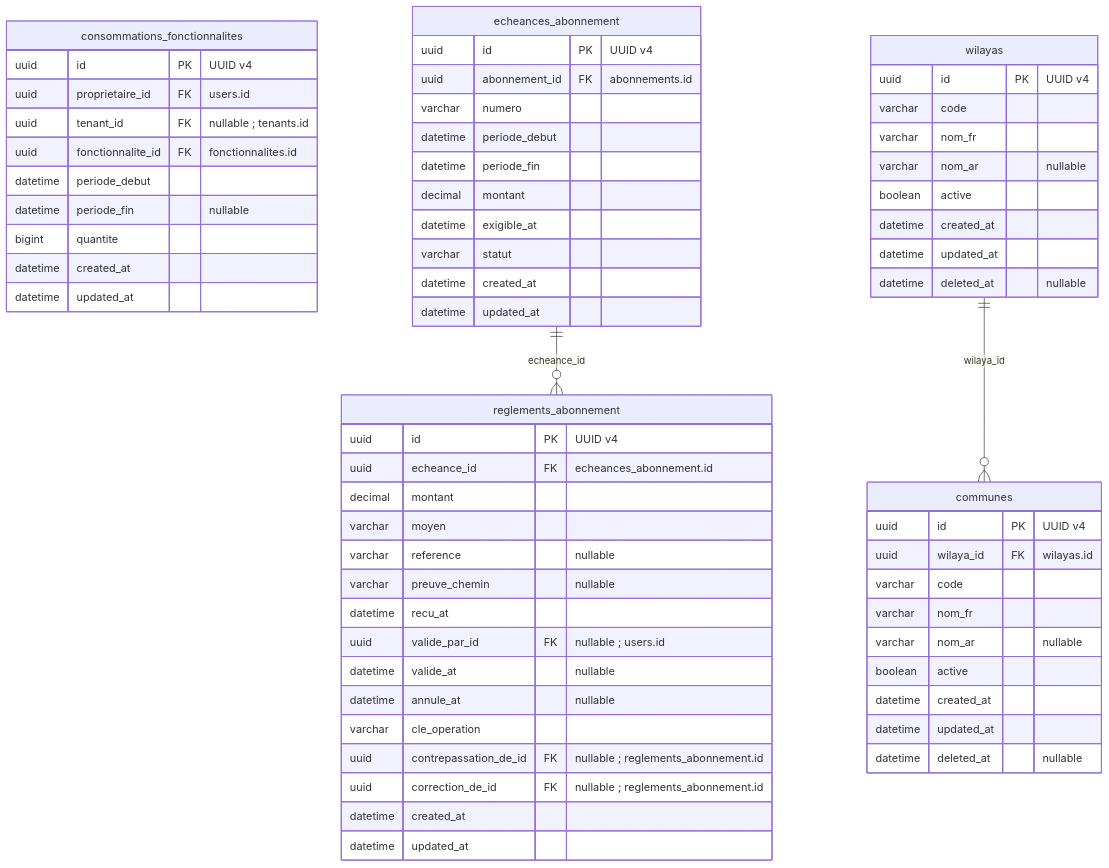
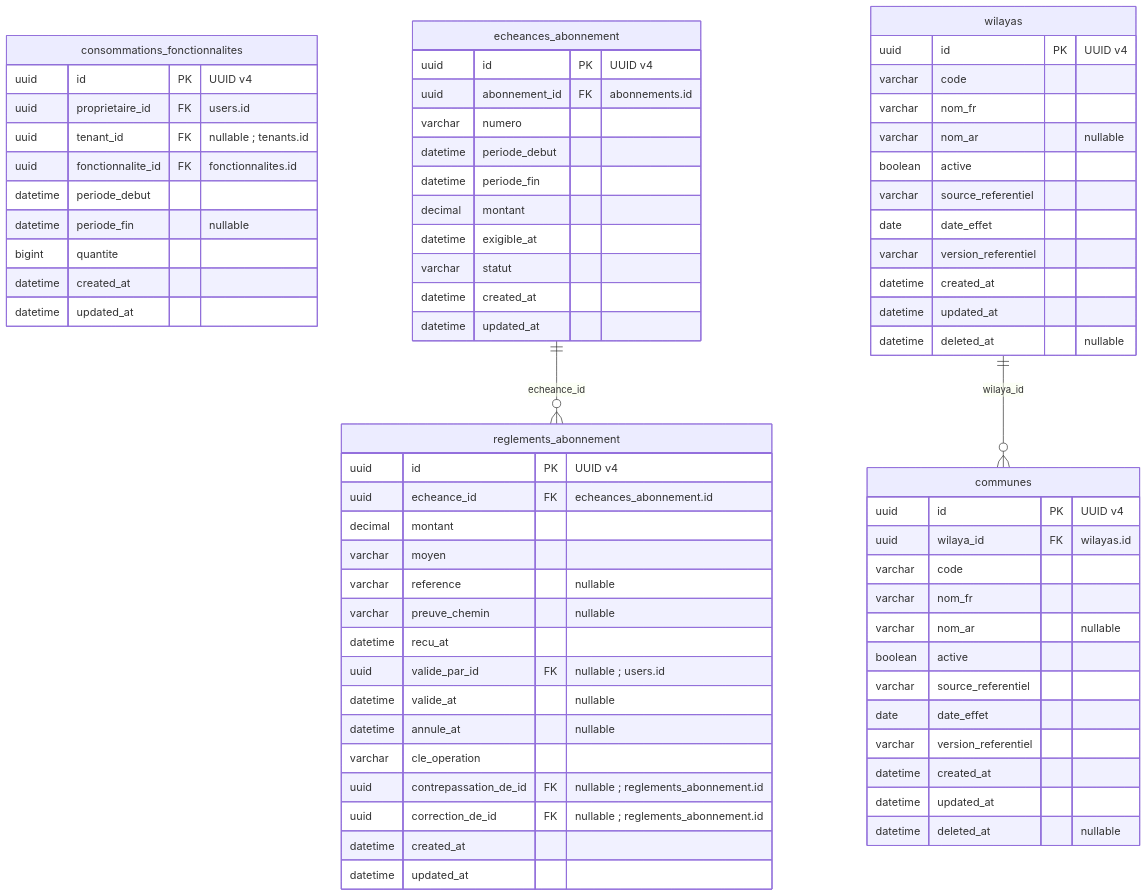
Before and after one commit to unitealfa/saas-ecom: the fifth of 36 diagrams in Schema-BDD-SaaS-Ecommerce-UUID.md, drawn with Mermaid. The commit also changed other lines of this file, not shown here.

````diff
--- a/Schema-BDD-SaaS-Ecommerce-UUID.md
+++ b/Schema-BDD-SaaS-Ecommerce-UUID.md
@@ -421,67 +443,73 @@
 ```mermaid
 erDiagram
     direction TB
     consommations_fonctionnalites {
         uuid id PK "UUID v4"
         uuid proprietaire_id FK "users.id"
         uuid tenant_id FK "nullable ; tenants.id"
         uuid fonctionnalite_id FK "fonctionnalites.id"
         datetime periode_debut
         datetime periode_fin "nullable"
         bigint quantite
         datetime created_at
         datetime updated_at
     }
     echeances_abonnement {
         uuid id PK "UUID v4"
         uuid abonnement_id FK "abonnements.id"
         varchar numero
         datetime periode_debut
         datetime periode_fin
         decimal montant
         datetime exigible_at
         varchar statut
         datetime created_at
         datetime updated_at
     }
     reglements_abonnement {
         uuid id PK "UUID v4"
         uuid echeance_id FK "echeances_abonnement.id"
         decimal montant
         varchar moyen
         varchar reference "nullable"
         varchar preuve_chemin "nullable"
         datetime recu_at
         uuid valide_par_id FK "nullable ; users.id"
         datetime valide_at "nullable"
         datetime annule_at "nullable"
         varchar cle_operation
         uuid contrepassation_de_id FK "nullable ; reglements_abonnement.id"
         uuid correction_de_id FK "nullable ; reglements_abonnement.id"
         datetime created_at
         datetime updated_at
     }
     wilayas {
         uuid id PK "UUID v4"
         varchar code
         varchar nom_fr
         varchar nom_ar "nullable"
         boolean active
+        varchar source_referentiel
+        date date_effet
+        varchar version_referentiel
         datetime created_at
         datetime updated_at
         datetime deleted_at "nullable"
     }
     communes {
         uuid id PK "UUID v4"
         uuid wilaya_id FK "wilayas.id"
         varchar code
         varchar nom_fr
         varchar nom_ar "nullable"
         boolean active
+        varchar source_referentiel
+        date date_effet
+        varchar version_referentiel
         datetime created_at
         datetime updated_at
         datetime deleted_at "nullable"
     }
     echeances_abonnement ||--o{ reglements_abonnement : echeance_id
     wilayas ||--o{ communes : wilaya_id
 ```
````
